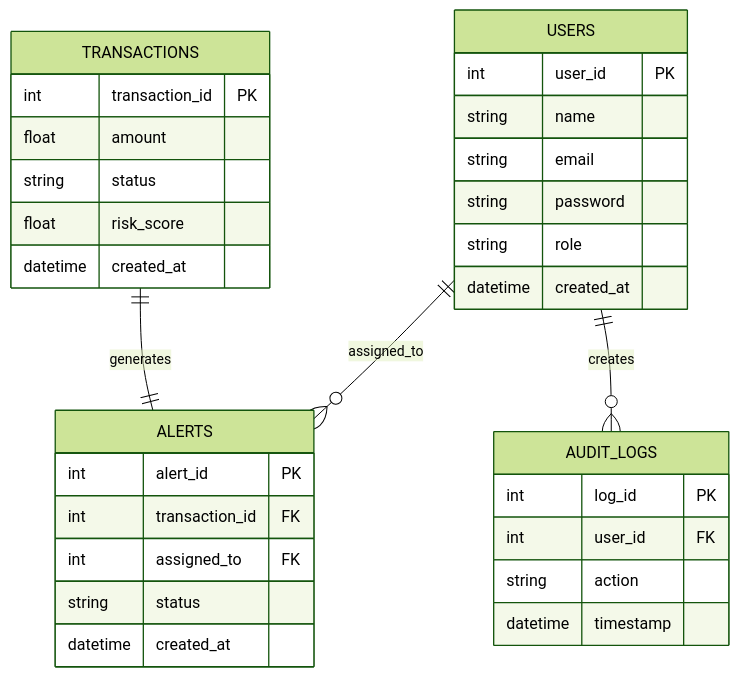
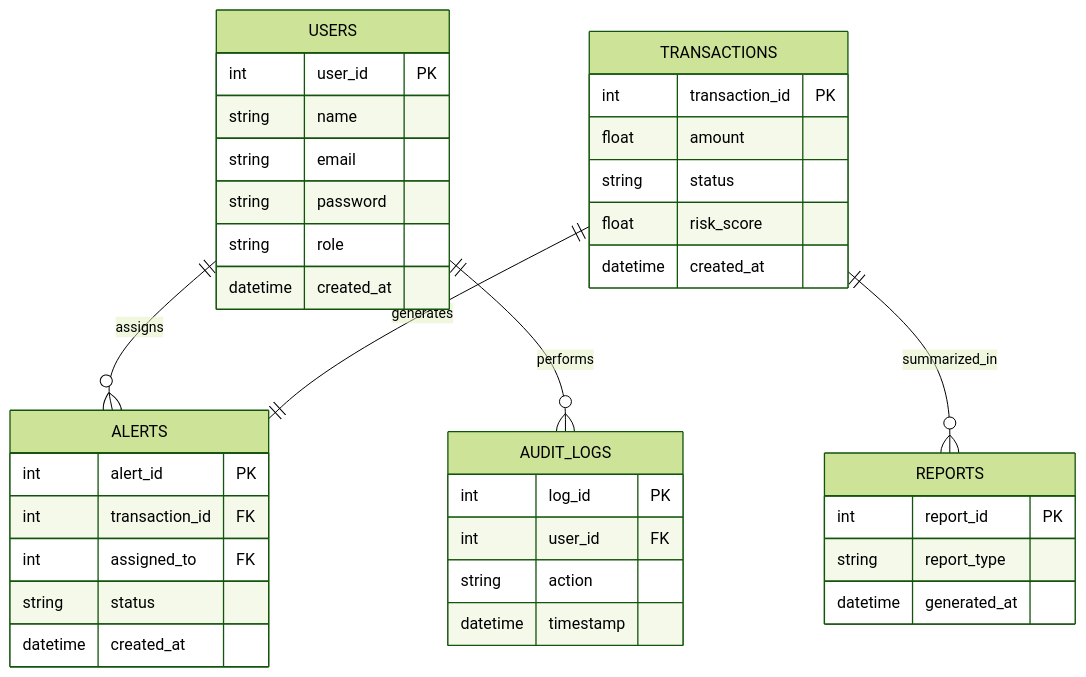
One commit to Imposon/FinShield-Analytics changed the diagram in ErDiagram.md. Above: the diagram before and after it, drawn with Mermaid (forest theme). The commit also changed other lines of this file and 3 other files, not shown here.

````diff
--- a/ErDiagram.md
+++ b/ErDiagram.md
@@ -13,39 +8,47 @@
 ```mermaid
 erDiagram
 
 USERS {
     int user_id PK
     string name
     string email
     string password
     string role
     datetime created_at
 }
 
 TRANSACTIONS {
     int transaction_id PK
     float amount
     string status
     float risk_score
     datetime created_at
 }
 
 ALERTS {
     int alert_id PK
     int transaction_id FK
     int assigned_to FK
     string status
     datetime created_at
 }
 
 AUDIT_LOGS {
     int log_id PK
     int user_id FK
     string action
     datetime timestamp
 }
 
-USERS ||--o{ ALERTS : assigned_to
+REPORTS {
+    int report_id PK
+    string report_type
+    datetime generated_at
+}
+
+USERS ||--o{ ALERTS : assigns
 TRANSACTIONS ||--|| ALERTS : generates
-USERS ||--o{ AUDIT_LOGS : creates
+USERS ||--o{ AUDIT_LOGS : performs
+TRANSACTIONS ||--o{ REPORTS : summarized_in
+
 ```
````
